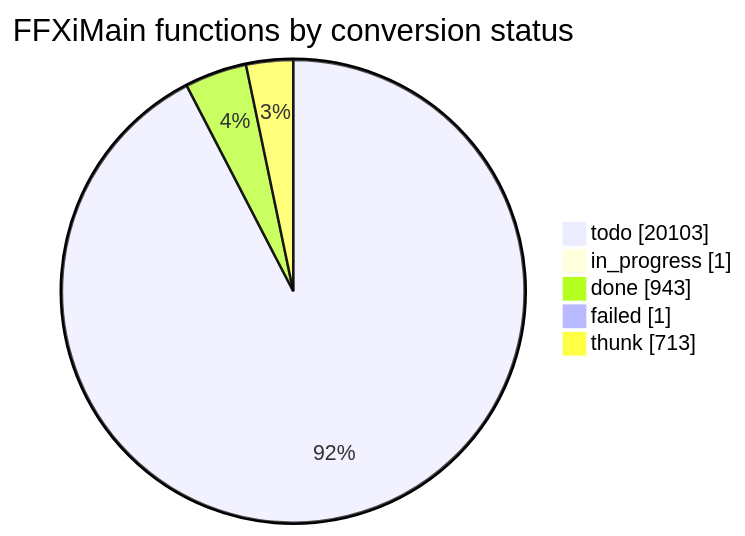
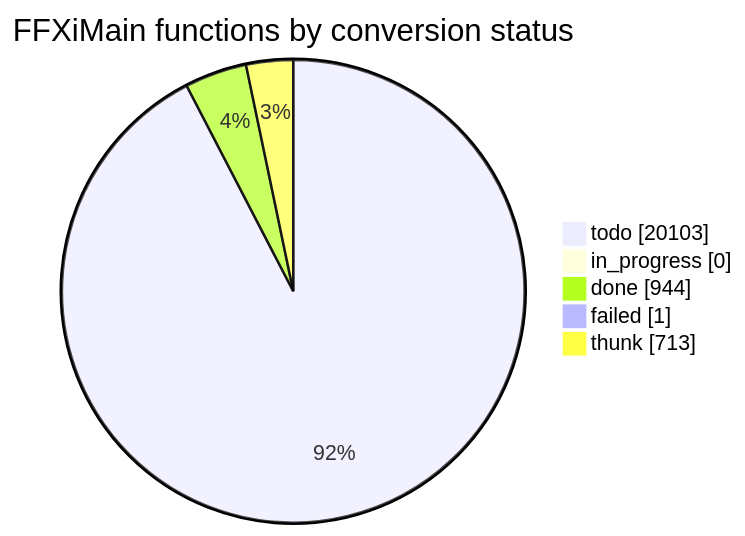
One commit to cowrevenge/cow_kuluu_xi_anything changed the diagram in docs/cow/STATUS.md. Above: the diagram before and after it, drawn with Mermaid. The commit also changed other lines of this file and 9 other files, not shown here.

````diff
--- a/docs/cow/STATUS.md
+++ b/docs/cow/STATUS.md
@@ -18,9 +18,9 @@
 ```mermaid
 pie showData
     title FFXiMain functions by conversion status
     "todo" : 20103
-    "in_progress" : 1
-    "done" : 943
+    "in_progress" : 0
+    "done" : 944
     "failed" : 1
     "thunk" : 713
 ```
````
